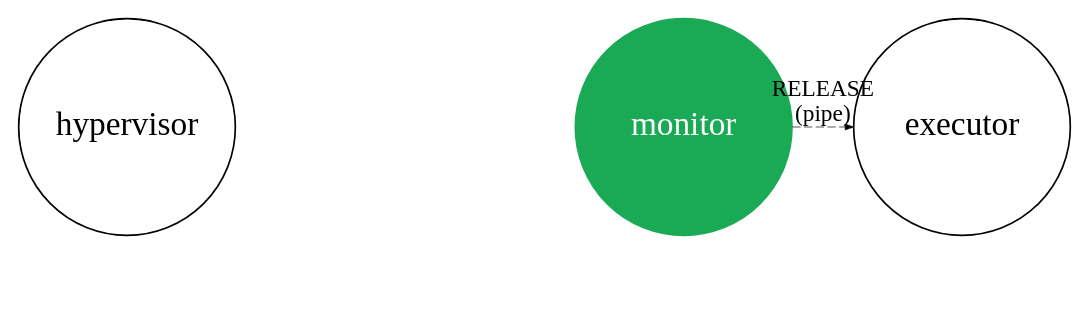
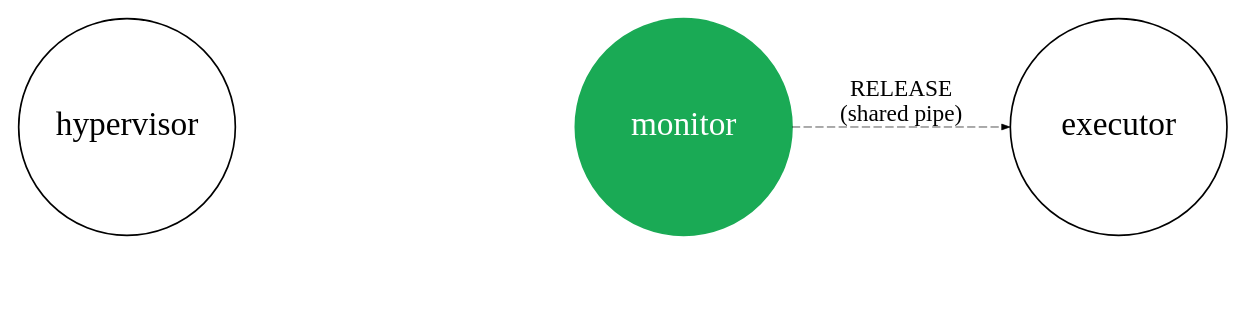
Before and after one commit to evomassiny/simple-scheduler: the diagram in doc/spawing-process/step-8-bis.dot, drawn with Graphviz. The commit also changed 3 other files, not shown here.

```diff
--- a/doc/spawing-process/step-8-bis.dot
+++ b/doc/spawing-process/step-8-bis.dot
@@ -1,18 +1,18 @@
 digraph step {
     rankdir="LR";
     ranksep=0.5;
 
     node[fontsize=20, shape=circle, width=1.8];
     edge[penwidth=0.4, arrowsize=0.5];
 
     "hypervisor";
     "monitor" [color="#1aaa55", style=filled, fontcolor=white];
     "executor";
 
     "tmp"[style=invis];
     "hypervisor" -> "tmp" [style=invis];
     "tmp" -> "monitor" [style=invis];
 
     "hypervisor" -> "monitor" [style=invis];
-    "monitor" -> "executor"[style=dashed, label="RELEASE\n(pipe)", labelfloat=true];
+    "monitor" -> "executor"[style=dashed, label="RELEASE\n(shared pipe)"];
 }
```
